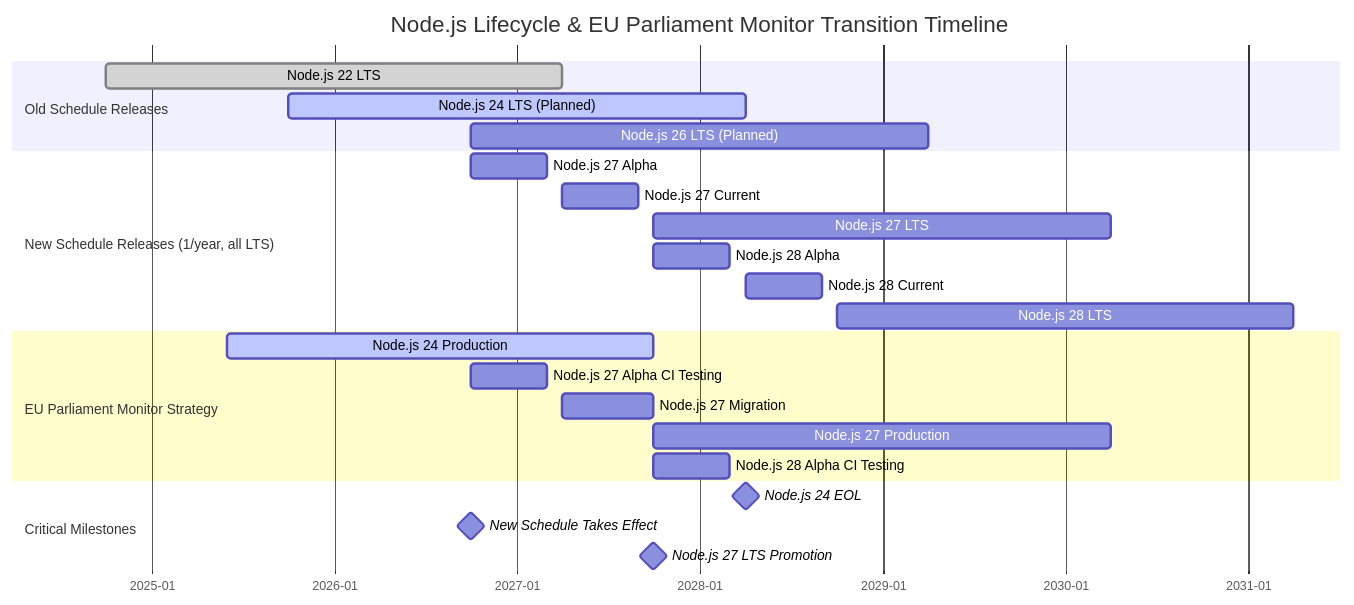
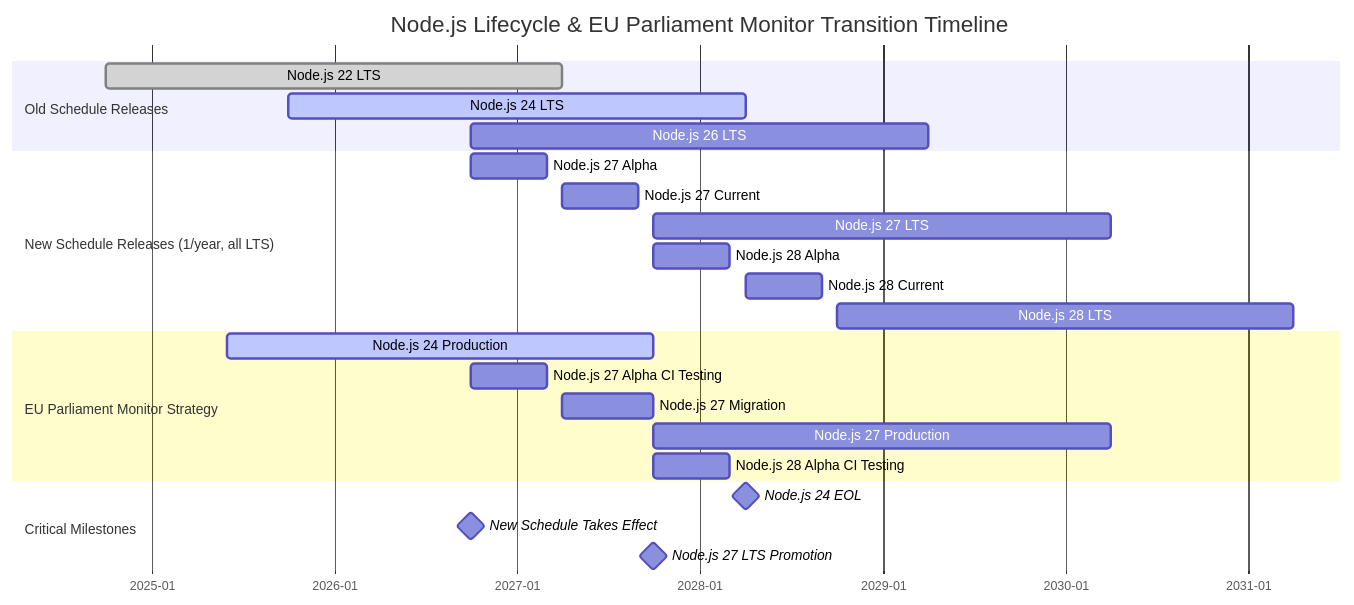
The second of 6 diagrams in End-of-Life-Strategy.md (Hack23/euparliamentmonitor), drawn with Mermaid before and after one commit. The commit also changed 3 other files, not shown here.

Commit message:
Apply review feedback round 12: temp dir for runbook artifacts, fix workflow_dispatch reference, escape HTML in cost table, clean up Gantt labels

````diff
--- a/End-of-Life-Strategy.md
+++ b/End-of-Life-Strategy.md
@@ -195,32 +195,32 @@
 ```mermaid
 gantt
     title Node.js Lifecycle & EU Parliament Monitor Transition Timeline
     dateFormat YYYY-MM
     axisFormat %Y-%m
 
     section Old Schedule Releases
     %% LTS support windows (month-level, aligned with Node.js LTS/EOL schedule)
     Node.js 22 LTS              :done, node22, 2024-10, 2027-04
-    Node.js 24 LTS (Planned)    :active, node24, 2025-10, 2028-04
-    Node.js 26 LTS (Planned)    :node26, 2026-10, 2029-04
+    Node.js 24 LTS              :active, node24, 2025-10, 2028-04
+    Node.js 26 LTS              :node26, 2026-10, 2029-04
 
     section New Schedule Releases (1/year, all LTS)
     Node.js 27 Alpha            :node27a, 2026-10, 2027-03
     Node.js 27 Current          :node27c, 2027-04, 2027-09
     Node.js 27 LTS              :node27, 2027-10, 2030-04
     Node.js 28 Alpha            :node28a, 2027-10, 2028-03
     Node.js 28 Current          :node28c, 2028-04, 2028-09
     Node.js 28 LTS              :node28, 2028-10, 2031-04
 
     section EU Parliament Monitor Strategy
     Node.js 24 Production       :active, ep24, 2025-06, 2027-10
     Node.js 27 Alpha CI Testing :ep27a, 2026-10, 2027-03
     Node.js 27 Migration        :ep27m, 2027-04, 2027-10
     Node.js 27 Production       :ep27p, 2027-10, 2030-04
     Node.js 28 Alpha CI Testing :ep28a, 2027-10, 2028-03
 
     section Critical Milestones
     Node.js 24 EOL              :milestone, node24eol, 2028-04, 0d
     New Schedule Takes Effect   :milestone, newschedule, 2026-10, 0d
     Node.js 27 LTS Promotion    :milestone, node27lts, 2027-10, 0d
 ```
````
